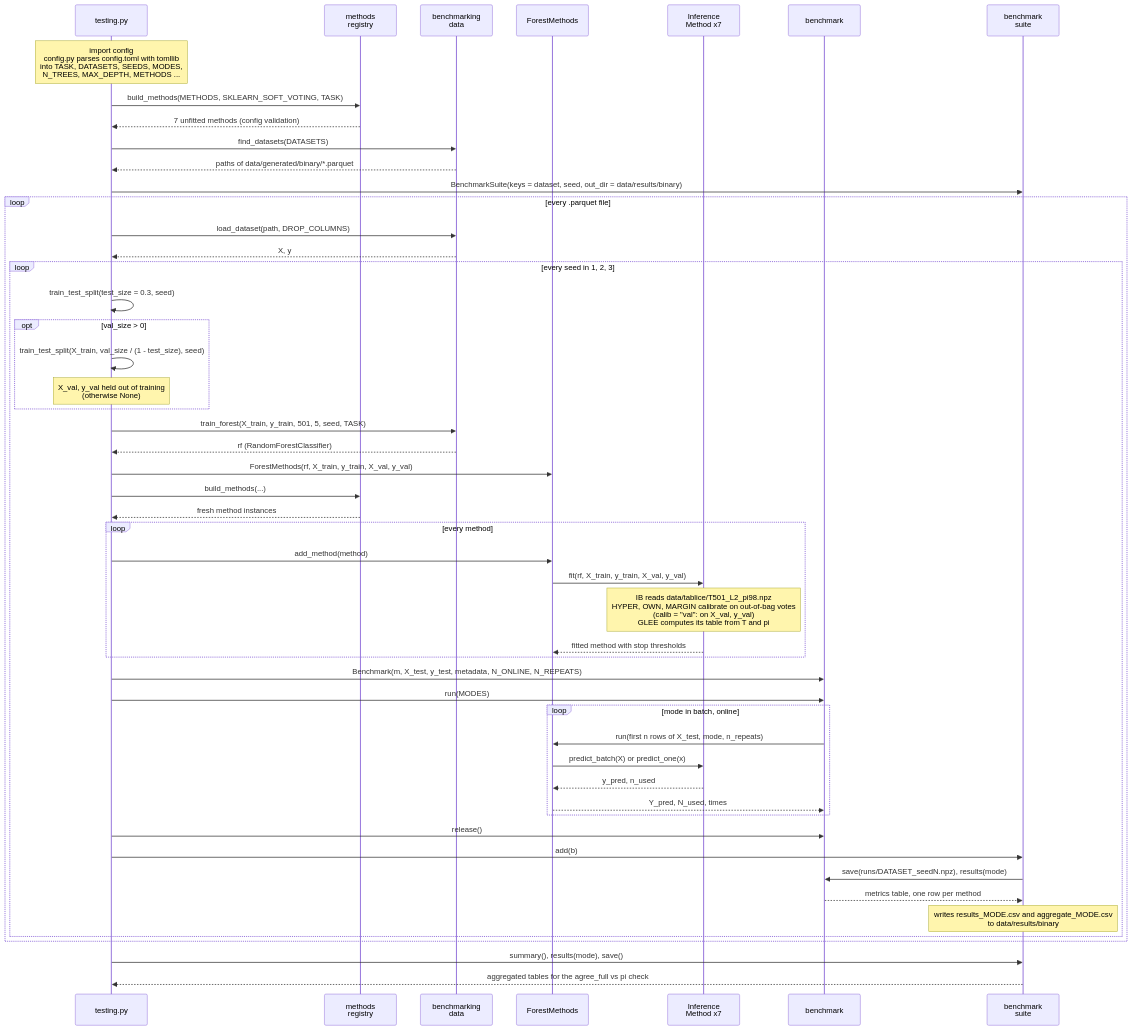
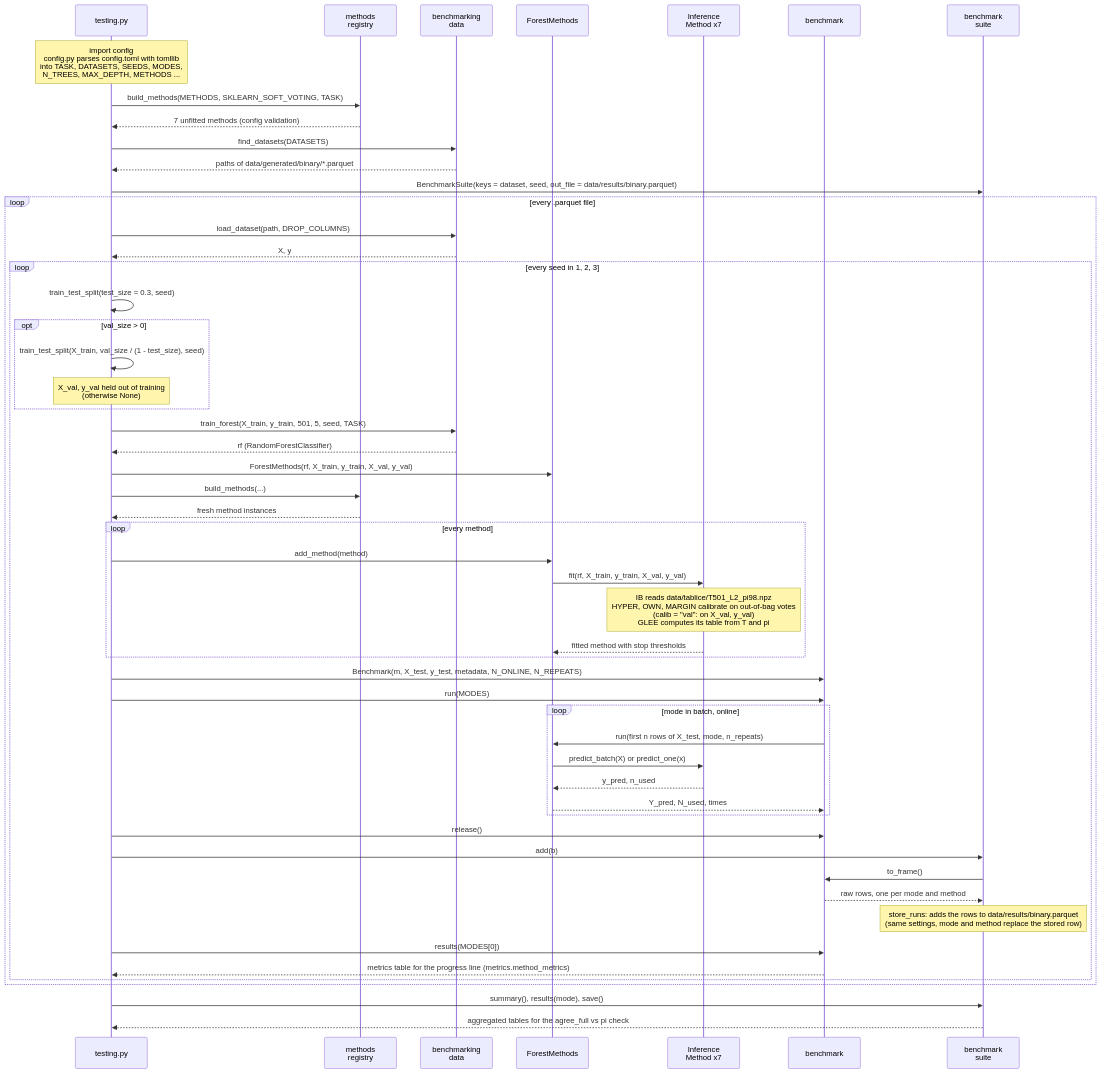
The diagram in data_flow.md (wojciech-baraniak05/quick_inference), drawn with Mermaid before and after one commit. The commit also changed other lines of this file and 10 other files, not shown here.

First line of the commit message:
feat: store all runs in one Parquet file, compute metrics from raw data

````diff
--- a/data_flow.md
+++ b/data_flow.md
@@ -9,56 +9,58 @@
 ```mermaid
 sequenceDiagram
   participant T as testing.py
   participant R as methods<br/>registry
   participant D as benchmarking<br/>data
   participant F as ForestMethods
   participant M as Inference<br/>Method x7
   participant B as benchmark
   participant S as benchmark<br/>suite
 
   Note over T: import config<br/>config.py parses config.toml with tomllib<br/>into TASK, DATASETS, SEEDS, MODES,<br/>N_TREES, MAX_DEPTH, METHODS ...
   T->>R: build_methods(METHODS, SKLEARN_SOFT_VOTING, TASK)
   R-->>T: 7 unfitted methods (config validation)
   T->>D: find_datasets(DATASETS)
   D-->>T: paths of data/generated/binary/*.parquet
-  T->>S: BenchmarkSuite(keys = dataset, seed, out_dir = data/results/binary)
+  T->>S: BenchmarkSuite(keys = dataset, seed, out_file = data/results/binary.parquet)
 
   loop every .parquet file
     T->>D: load_dataset(path, DROP_COLUMNS)
     D-->>T: X, y
     loop every seed in 1, 2, 3
       T->>T: train_test_split(test_size = 0.3, seed)
       opt val_size > 0
         T->>T: train_test_split(X_train, val_size / (1 - test_size), seed)
         Note over T: X_val, y_val held out of training<br/>(otherwise None)
       end
       T->>D: train_forest(X_train, y_train, 501, 5, seed, TASK)
       D-->>T: rf (RandomForestClassifier)
       T->>F: ForestMethods(rf, X_train, y_train, X_val, y_val)
       T->>R: build_methods(...)
       R-->>T: fresh method instances
       loop every method
         T->>F: add_method(method)
         F->>M: fit(rf, X_train, y_train, X_val, y_val)
         Note over M: IB reads data/tablice/T501_L2_pi98.npz<br/>HYPER, OWN, MARGIN calibrate on out-of-bag votes<br/>(calib = "val": on X_val, y_val)<br/>GLEE computes its table from T and pi
         M-->>F: fitted method with stop thresholds
       end
       T->>B: Benchmark(m, X_test, y_test, metadata, N_ONLINE, N_REPEATS)
       T->>B: run(MODES)
       loop mode in batch, online
         B->>F: run(first n rows of X_test, mode, n_repeats)
         F->>M: predict_batch(X) or predict_one(x)
         M-->>F: y_pred, n_used
         F-->>B: Y_pred, N_used, times
       end
       T->>B: release()
       T->>S: add(b)
-      S->>B: save(runs/DATASET_seedN.npz), results(mode)
-      B-->>S: metrics table, one row per method
-      Note over S: writes results_MODE.csv and aggregate_MODE.csv<br/>to data/results/binary
+      S->>B: to_frame()
+      B-->>S: raw rows, one per mode and method
+      Note over S: store_runs: adds the rows to data/results/binary.parquet<br/>(same settings, mode and method replace the stored row)
+      T->>B: results(MODES[0])
+      B-->>T: metrics table for the progress line (metrics.method_metrics)
     end
   end
 
   T->>S: summary(), results(mode), save()
   S-->>T: aggregated tables for the agree_full vs pi check
 ```
````
